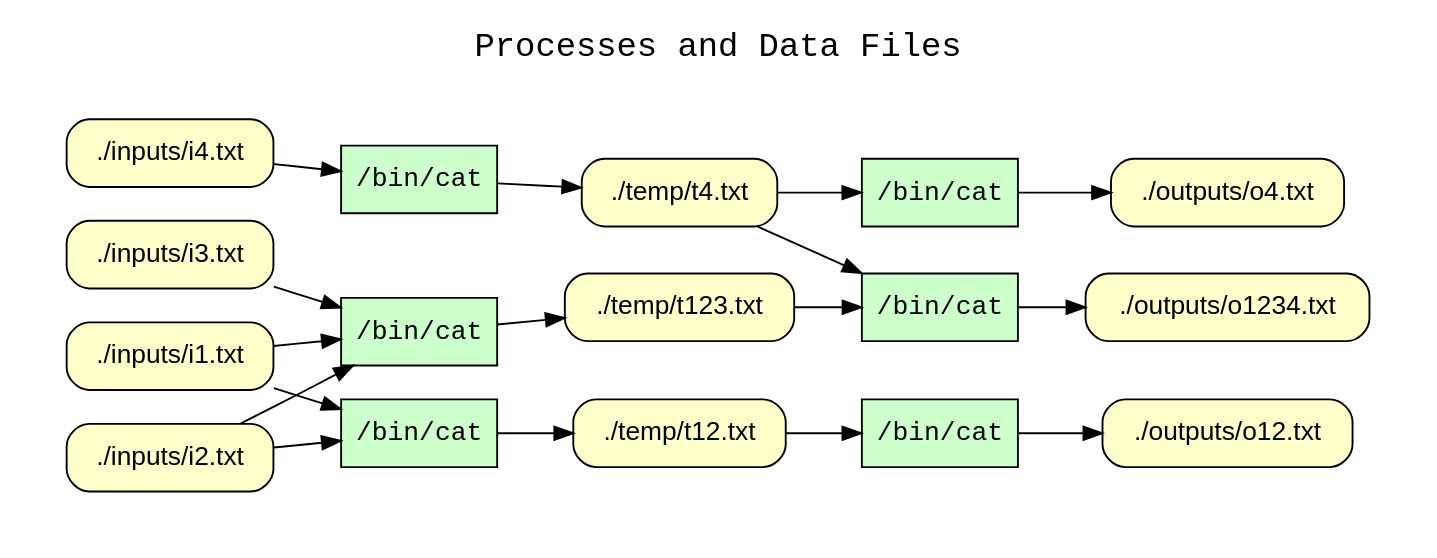
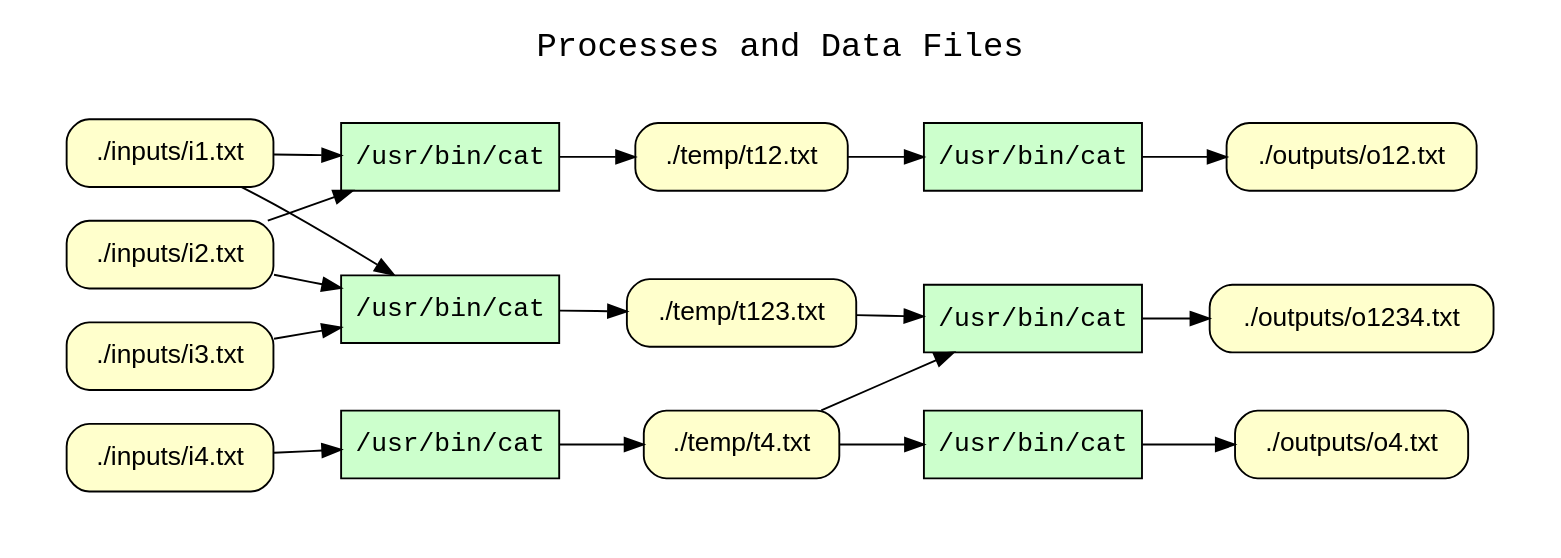
The diagram in examples/08-branched-pipeline/graphs.d/wt_processes_and_data_files.dot (CIRSS/cpr), drawn with Graphviz before and after one commit. The commit also changed 65 other files, not shown here.

```diff
--- a/examples/08-branched-pipeline/graphs.d/wt_processes_and_data_files.dot
+++ b/examples/08-branched-pipeline/graphs.d/wt_processes_and_data_files.dot
@@ -1,43 +1,43 @@
 
 digraph wt_run {
 rankdir=LR
 fontname=Courier; fontsize=18; labelloc=t
 label="Processes and Data Files"
 subgraph cluster_inputs { label=""; color=white; penwidth=0
 subgraph cluster_inputs_inner { label=""; color=white
 node[shape=box style="filled" fillcolor="#CCFFCC" peripheries=1 fontname=Courier]
-"exe:e7" [label="/bin/cat"]
-"exe:e6" [label="/bin/cat"]
-"exe:e5" [label="/bin/cat"]
-"exe:e4" [label="/bin/cat"]
-"exe:e3" [label="/bin/cat"]
-"exe:e2" [label="/bin/cat"]
+"exe:e7" [label="/usr/bin/cat"]
+"exe:e6" [label="/usr/bin/cat"]
+"exe:e5" [label="/usr/bin/cat"]
+"exe:e4" [label="/usr/bin/cat"]
+"exe:e3" [label="/usr/bin/cat"]
+"exe:e2" [label="/usr/bin/cat"]
 node[shape=box style="rounded,filled" fillcolor="#FFFFCC" peripheries=1 fontname=Helvetica]
+"access:i21" [label="./outputs/o12.txt"]
+"access:i22" [label="./outputs/o1234.txt"]
+"access:i15" [label="./inputs/i1.txt"]
+"access:i23" [label="./outputs/o4.txt"]
+"access:i16" [label="./inputs/i2.txt"]
 "access:i17" [label="./temp/t123.txt"]
+"access:i18" [label="./inputs/i3.txt"]
+"access:i19" [label="./temp/t4.txt"]
 "access:i20" [label="./inputs/i4.txt"]
-"access:i23" [label="./outputs/o4.txt"]
-"access:i21" [label="./outputs/o12.txt"]
-"access:i18" [label="./inputs/i3.txt"]
-"access:i15" [label="./inputs/i1.txt"]
-"access:i10" [label="./temp/t12.txt"]
-"access:i16" [label="./inputs/i2.txt"]
-"access:i19" [label="./temp/t4.txt"]
-"access:i22" [label="./outputs/o1234.txt"]
+"access:i9" [label="./temp/t12.txt"]
 "exe:e7" -> "access:i23"
 "exe:e6" -> "access:i22"
 "exe:e5" -> "access:i21"
 "exe:e4" -> "access:i19"
 "exe:e3" -> "access:i17"
-"exe:e2" -> "access:i10"
+"exe:e2" -> "access:i9"
 "access:i19" -> "exe:e7"
 "access:i17" -> "exe:e6"
 "access:i19" -> "exe:e6"
-"access:i10" -> "exe:e5"
+"access:i9" -> "exe:e5"
 "access:i20" -> "exe:e4"
 "access:i15" -> "exe:e3"
 "access:i16" -> "exe:e3"
 "access:i18" -> "exe:e3"
 "access:i15" -> "exe:e2"
 "access:i16" -> "exe:e2"
 }}
 }
```
